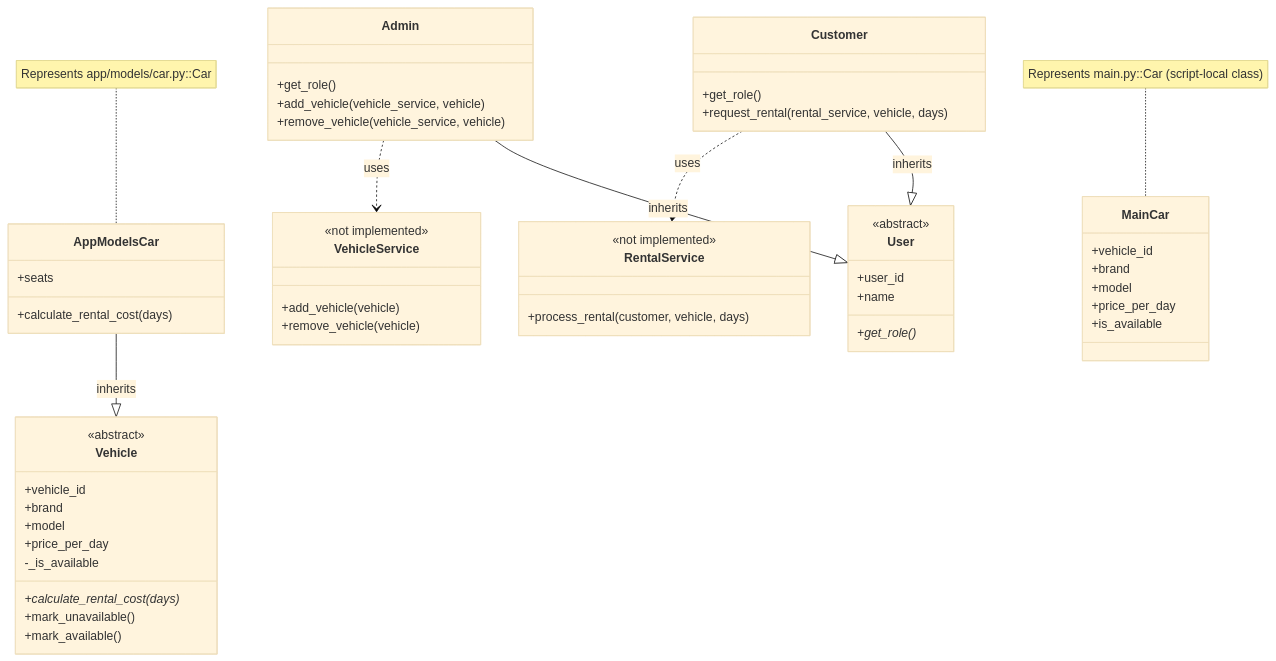
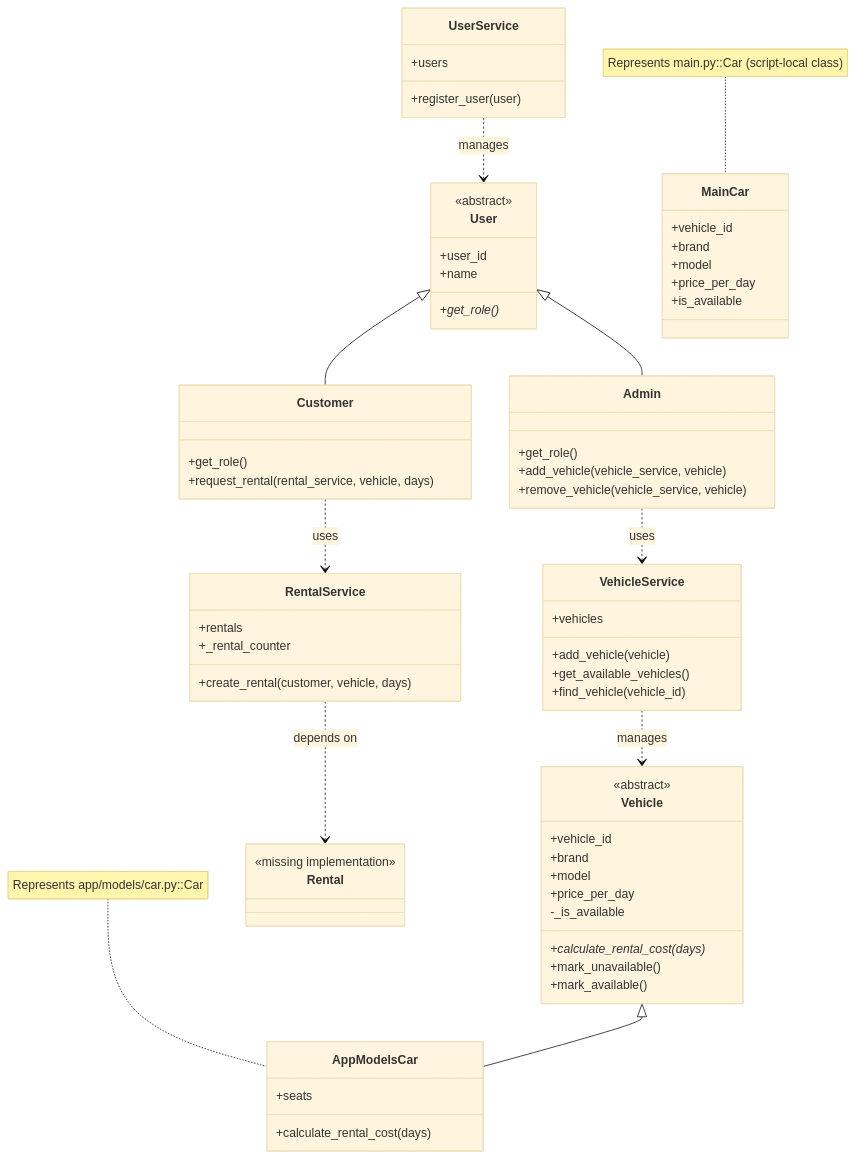
The diagram in UML_CLASS_DIAGRAM.md (imran-ahmed377/fantastic-guide), drawn with Mermaid (base theme) before and after one commit. The commit also changed other lines of this file, not shown here.

Commit message:
Update UML Class Diagram to reflect class structure changes; implement UserService and refine VehicleService and RentalService methods

````diff
--- a/UML_CLASS_DIAGRAM.md
+++ b/UML_CLASS_DIAGRAM.md
@@ -3,68 +3,82 @@
 ```mermaid
 classDiagram
     direction TB
 
     class User {
         <<abstract>>
         +user_id
         +name
         +get_role()*
+    }
+
+    class Customer {
+        +get_role()
+        +request_rental(rental_service, vehicle, days)
+    }
+
+    class Admin {
+        +get_role()
+        +add_vehicle(vehicle_service, vehicle)
+        +remove_vehicle(vehicle_service, vehicle)
     }
 
     class Vehicle {
         <<abstract>>
         +vehicle_id
         +brand
         +model
         +price_per_day
         -_is_available
         +calculate_rental_cost(days)*
         +mark_unavailable()
         +mark_available()
     }
 
     class AppModelsCar {
         +seats
         +calculate_rental_cost(days)
     }
 
-    class Customer {
-        +get_role()
-        +request_rental(rental_service, vehicle, days)
-    }
-
-    class Admin {
-        +get_role()
-        +add_vehicle(vehicle_service, vehicle)
-        +remove_vehicle(vehicle_service, vehicle)
-    }
-
     class MainCar {
         +vehicle_id
         +brand
         +model
         +price_per_day
         +is_available
     }
 
-    class RentalService {
-        <<not implemented>>
-        +process_rental(customer, vehicle, days)
+    class UserService {
+        +users
+        +register_user(user)
     }
 
     class VehicleService {
-        <<not implemented>>
+        +vehicles
         +add_vehicle(vehicle)
-        +remove_vehicle(vehicle)
+        +get_available_vehicles()
+        +find_vehicle(vehicle_id)
     }
 
-    AppModelsCar --|> Vehicle : inherits
-    Customer --|> User : inherits
-    Admin --|> User : inherits
+    class RentalService {
+        +rentals
+        +_rental_counter
+        +create_rental(customer, vehicle, days)
+    }
+
+    class Rental {
+        <<missing implementation>>
+    }
+
+    User <|-- Customer
+    User <|-- Admin
+    Vehicle <|-- AppModelsCar
 
     Customer ..> RentalService : uses
     Admin ..> VehicleService : uses
+    UserService ..> User : manages
+    VehicleService ..> Vehicle : manages
+    RentalService ..> Rental : depends on
 
     note for AppModelsCar "Represents app/models/car.py::Car"
     note for MainCar "Represents main.py::Car (script-local class)"
 ```
````
